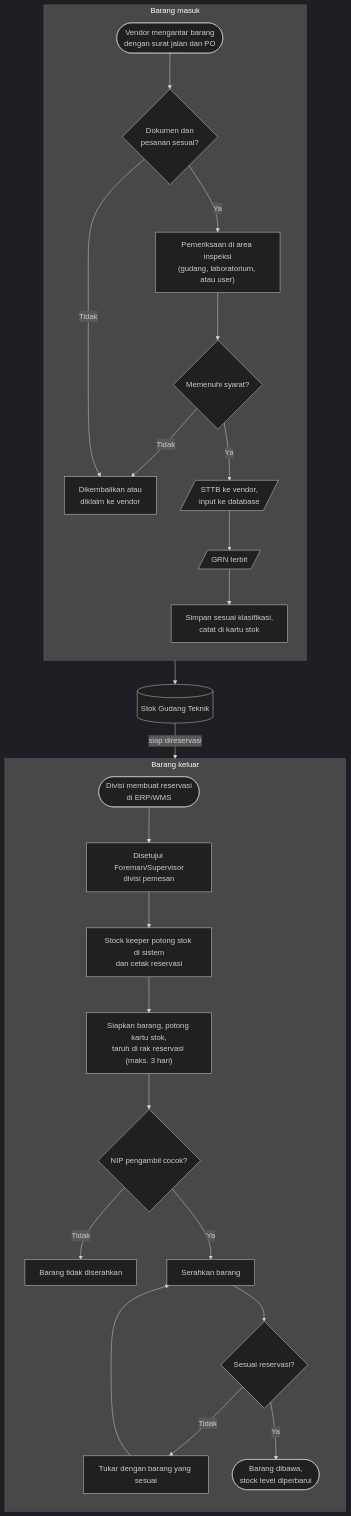
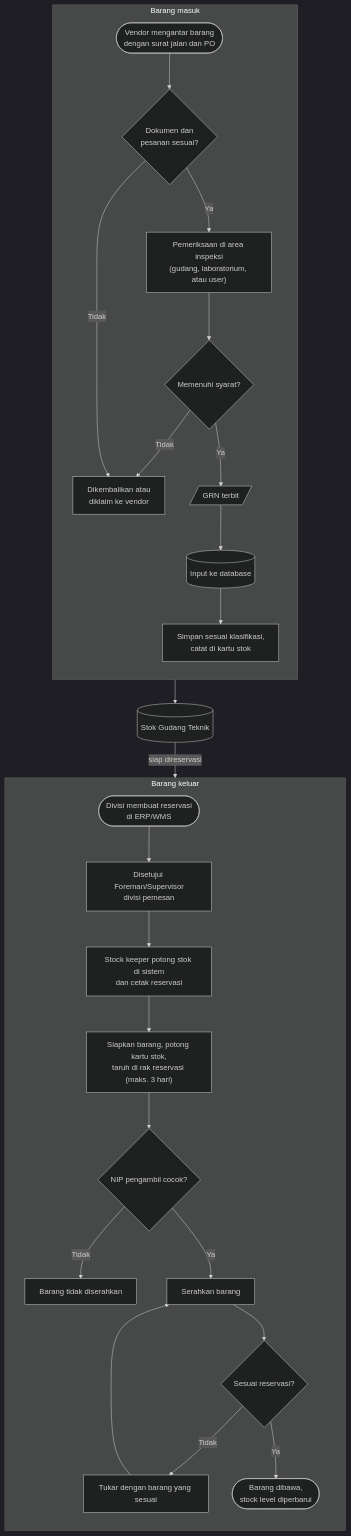
Before and after one commit to Hwarinn66/WareHouse: the diagram in docs/alur-kerja/index.md, drawn with Mermaid (dark theme). The commit also changed other lines of this file and 26 other files, not shown here.

First line of the commit message:
Tambah halaman Kegiatan Rutin dan hapus STTB dari alur barang masuk

````diff
--- a/docs/alur-kerja/index.md
+++ b/docs/alur-kerja/index.md
@@ -18,31 +18,31 @@
 ```mermaid
 flowchart TD
   accTitle: Flowchart alur warehouse Gudang Teknik
-  accDescr: Barang masuk datang dengan surat jalan dan PO, dicek dokumen dan pesanannya, diperiksa di area inspeksi oleh gudang, laboratorium, atau user, lalu dibuatkan STTB, diinput ke database, diterbitkan GRN, dan disimpan sesuai klasifikasi serta dicatat di kartu stok. Barang keluar dimulai dari reservasi divisi di ERP/WMS yang disetujui Foreman atau Supervisor divisi itu, lalu stock keeper memotong stok, mencetak reservasi, menyiapkan barang di rak reservasi, mencocokkan NIP pengambil, dan menyerahkan barang.
+  accDescr: Barang masuk datang dengan surat jalan dan PO, dicek dokumen dan pesanannya, diperiksa di area inspeksi oleh gudang, laboratorium, atau user, lalu diterbitkan GRN, diinput ke database, dan disimpan sesuai klasifikasi serta dicatat di kartu stok. Barang keluar dimulai dari reservasi divisi di ERP/WMS yang disetujui Foreman atau Supervisor divisi itu, lalu stock keeper memotong stok, mencetak reservasi, menyiapkan barang di rak reservasi, mencocokkan NIP pengambil, dan menyerahkan barang.
   subgraph MASUK["Barang masuk"]
     direction TB
     M1(["Vendor mengantar barang<br/>dengan surat jalan dan PO"]):::vendor --> M2{"Dokumen dan<br/>pesanan sesuai?"}:::cek
     M2 -- Tidak --> MR["Dikembalikan atau<br/>diklaim ke vendor"]:::tolak
     M2 -- Ya --> M3["Pemeriksaan di area inspeksi<br/>(gudang, laboratorium, atau user)"]:::staff
     M3 --> M4{"Memenuhi syarat?"}:::cek
     M4 -- Tidak --> MR
-    M4 -- Ya --> M5[/"STTB ke vendor,<br/>input ke database"/]:::dokumen
-    M5 --> M6[/"GRN terbit"/]:::dokumen
+    M4 -- Ya --> M5[/"GRN terbit"/]:::dokumen
+    M5 --> M6[("Input ke database")]:::sistem
     M6 --> M7["Simpan sesuai klasifikasi,<br/>catat di kartu stok"]:::staff
   end
   M7 --> S[("Stok Gudang Teknik")]:::sistem
   subgraph KELUAR["Barang keluar"]
     direction TB
     K1(["Divisi membuat reservasi<br/>di ERP/WMS"]):::divisi --> K2["Disetujui Foreman/Supervisor<br/>divisi pemesan"]:::divisi
     K2 --> K3["Stock keeper potong stok di sistem<br/>dan cetak reservasi"]:::staff
     K3 --> K4["Siapkan barang, potong kartu stok,<br/>taruh di rak reservasi (maks. 3 hari)"]:::staff
     K4 --> K5{"NIP pengambil cocok?"}:::cek
     K5 -- Tidak --> K5T["Barang tidak diserahkan"]:::tolak
     K5 -- Ya --> K6["Serahkan barang"]:::staff
     K6 --> K7{"Sesuai reservasi?"}:::cek
     K7 -- Tidak --> K8["Tukar dengan barang yang sesuai"]:::tolak
     K8 --> K6
     K7 -- Ya --> K9(["Barang dibawa,<br/>stock level diperbarui"]):::selesai
   end
   S -- "siap direservasi" --> K1
 ```
````
